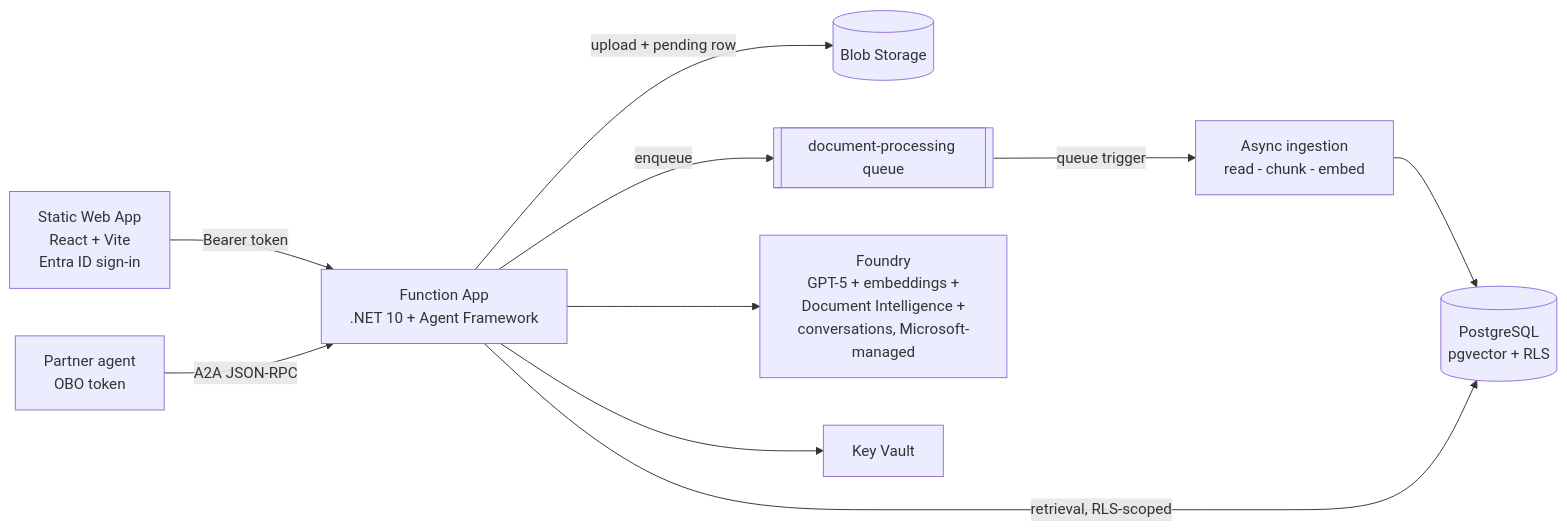
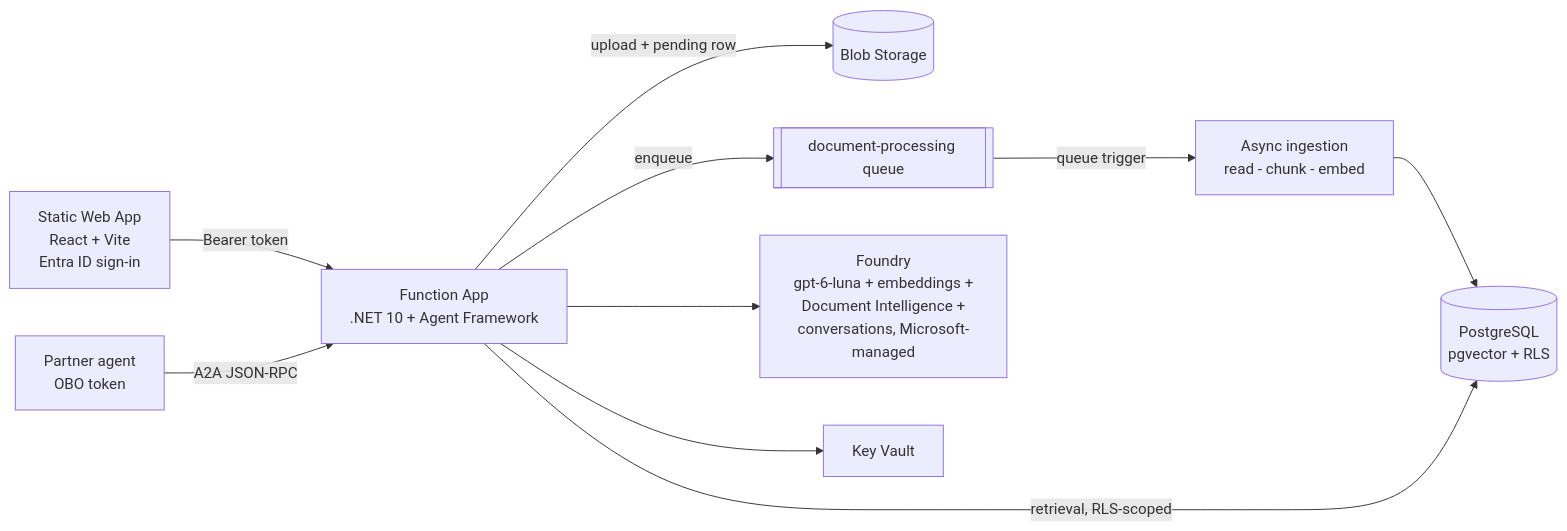
Before and after one commit to nampacx/cerebro: the diagram in README.md, drawn with Mermaid. The commit also changed other lines of this file and 2 other files, not shown here.

First line of the commit message:
Document the gpt-6-luna switch and add a row-level security write-up

````diff
--- a/README.md
+++ b/README.md
@@ -29,12 +29,12 @@
 ```mermaid
 flowchart LR
   SPA[Static Web App<br/>React + Vite<br/>Entra ID sign-in] -->|Bearer token| FN[Function App<br/>.NET 10 + Agent Framework]
   U[Partner agent<br/>OBO token] -->|A2A JSON-RPC| FN
   FN -->|upload + pending row| BLOB[(Blob Storage)]
   FN -->|enqueue| Q[[document-processing queue]]
   Q -->|queue trigger| PROC[Async ingestion<br/>read - chunk - embed]
   PROC --> PG[(PostgreSQL<br/>pgvector + RLS)]
   FN -->|retrieval, RLS-scoped| PG
-  FN --> AI[Foundry<br/>GPT-5 + embeddings +<br/>Document Intelligence +<br/>conversations, Microsoft-managed]
+  FN --> AI[Foundry<br/>gpt-6-luna + embeddings +<br/>Document Intelligence +<br/>conversations, Microsoft-managed]
   FN --> KV[Key Vault]
 ```
````
